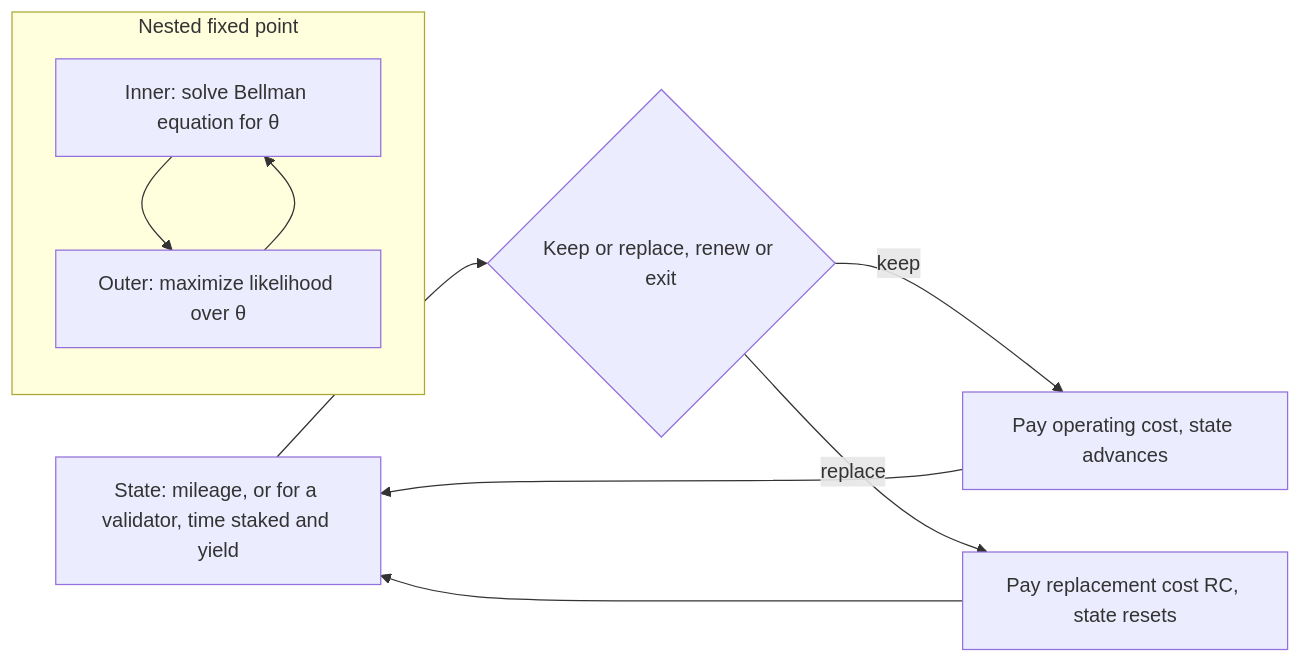
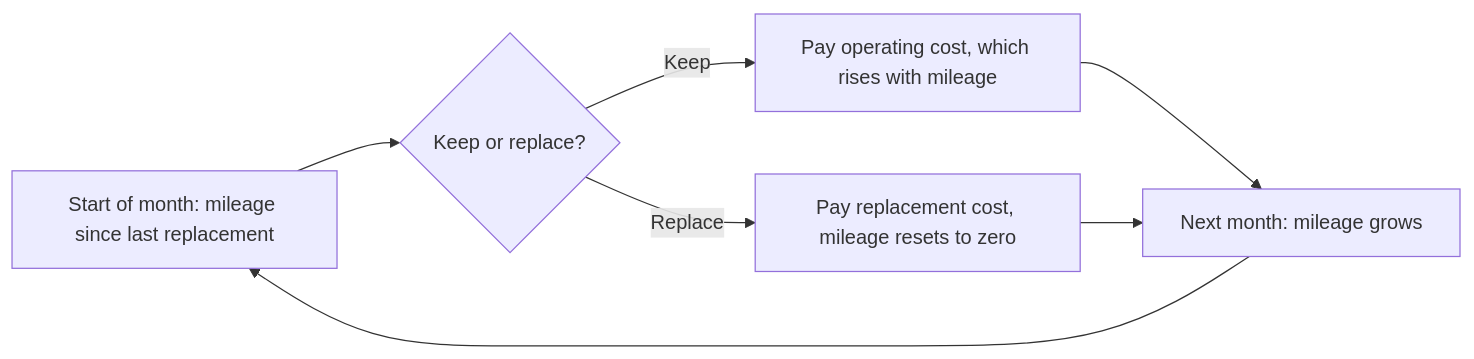
The diagram in content/Phase II/Wiki/Collections/Supplementary Research Papers/1987 Optimal Replacement of Bus Engines.md (bonding-curves/avalanche-phase-ii-research), drawn with Mermaid before and after one commit. The commit also changed other lines of this file and 27 other files, not shown here.

````diff
--- a/content/Phase II/Wiki/Collections/Supplementary Research Papers/1987 Optimal Replacement of Bus Engines.md
+++ b/content/Phase II/Wiki/Collections/Supplementary Research Papers/1987 Optimal Replacement of Bus Engines.md
@@ -20,12 +18,9 @@
 ```mermaid
 flowchart LR
-  X["State: mileage, or for a validator, time staked and yield"] --> D{"Keep or replace, renew or exit"}
-  D -->|"keep"| C["Pay operating cost, state advances"]
-  D -->|"replace"| R["Pay replacement cost RC, state resets"]
-  C --> X
-  R --> X
-  subgraph NFXP["Nested fixed point"]
-    IN["Inner: solve Bellman equation for θ"] --> OUT["Outer: maximize likelihood over θ"]
-    OUT --> IN
-  end
+  S["Start of month: mileage since last replacement"] --> D{"Keep or replace?"}
+  D -->|"Keep"| K["Pay operating cost, which rises with mileage"]
+  D -->|"Replace"| R["Pay replacement cost, mileage resets to zero"]
+  K --> N["Next month: mileage grows"]
+  R --> N
+  N --> S
 ```
````
